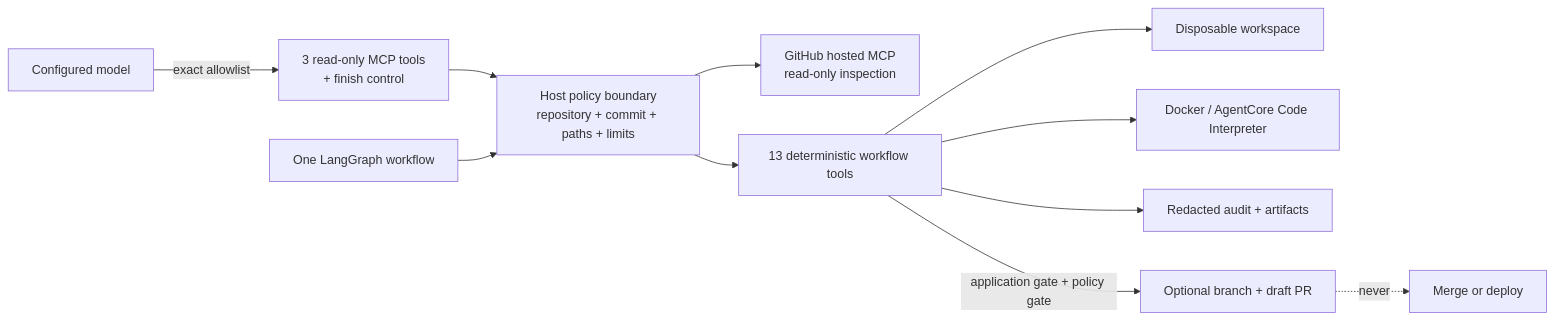
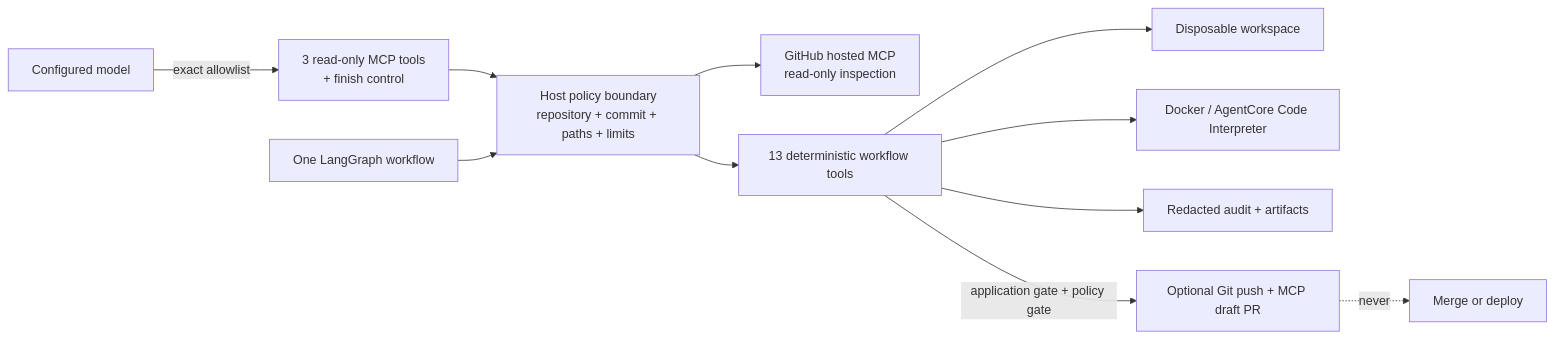
One commit to MtechSE-ArchAI-Team7/remediation-agent changed the diagram in docs/TOOL_CATALOG.md. Above: the diagram before and after it, drawn with Mermaid. The commit also changed other lines of this file and 23 other files, not shown here.

Commit message:
Create and verify remediation draft PRs through GitHub MCP

````diff
--- a/docs/TOOL_CATALOG.md
+++ b/docs/TOOL_CATALOG.md
@@ -9,13 +9,13 @@
 ```mermaid
 flowchart LR
     Model["Configured model"] -->|exact allowlist| ModelTools["3 read-only MCP tools<br/>+ finish control"]
     ModelTools --> Policy["Host policy boundary<br/>repository + commit + paths + limits"]
     Policy --> GitHub["GitHub hosted MCP<br/>read-only inspection"]
     Workflow["One LangGraph workflow"] --> Policy
     Policy --> HostTools["13 deterministic workflow tools"]
     HostTools --> Workspace["Disposable workspace"]
     HostTools --> Sandbox["Docker / AgentCore Code Interpreter"]
     HostTools --> Evidence["Redacted audit + artifacts"]
-    HostTools -->|application gate + policy gate| Remote["Optional branch + draft PR"]
+    HostTools -->|application gate + policy gate| Remote["Optional Git push + MCP draft PR"]
     Remote -. never .-> Merge["Merge or deploy"]
 ```
````
